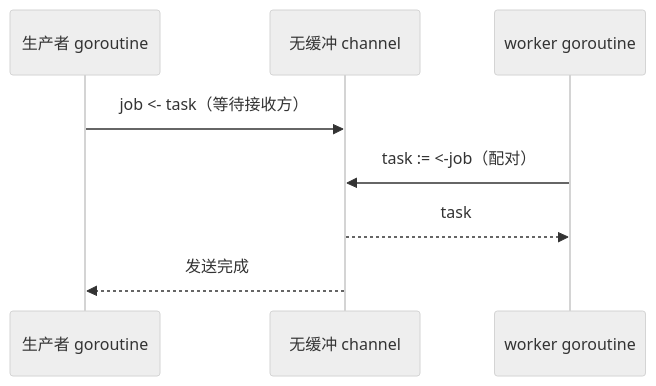
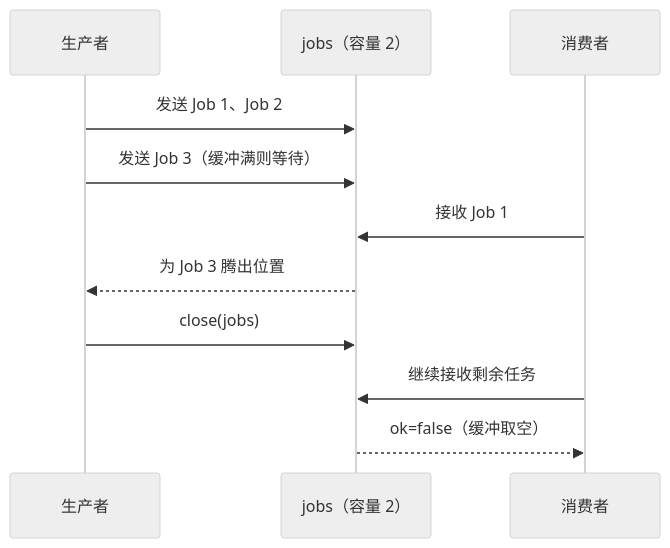
The diagram in src/backend/go/advanced/02-concurrency/02-channels.md (zzxrepository/gocode), drawn with Mermaid (neutral theme) before and after one commit. The commit also changed other lines of this file and 6 other files, not shown here.

````diff
--- a/src/backend/go/advanced/02-concurrency/02-channels.md
+++ b/src/backend/go/advanced/02-concurrency/02-channels.md
@@ -310,10 +175,13 @@
 ```mermaid
 sequenceDiagram
-    participant P as 生产者 goroutine
-    participant C as 无缓冲 channel
-    participant W as worker goroutine
-    P->>C: job <- task（等待接收方）
-    W->>C: task := <-job（配对）
-    C-->>W: task
-    C-->>P: 发送完成
+    participant P as 生产者
+    participant C as jobs（容量 2）
+    participant S as 消费者
+    P->>C: 发送 Job 1、Job 2
+    P->>C: 发送 Job 3（缓冲满则等待）
+    S->>C: 接收 Job 1
+    C-->>P: 为 Job 3 腾出位置
+    P->>C: close(jobs)
+    S->>C: 继续接收剩余任务
+    C-->>S: ok=false（缓冲取空）
 ```
````
